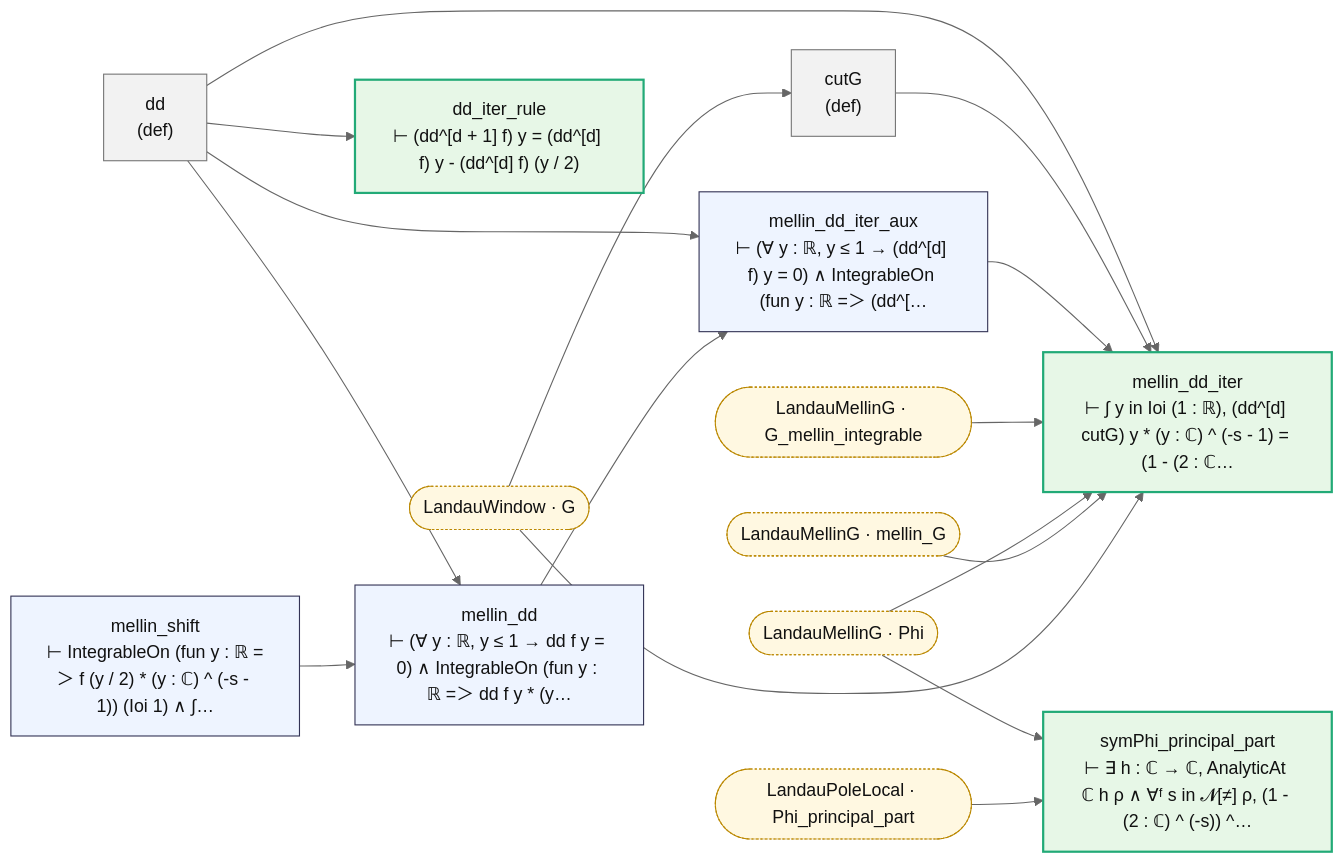
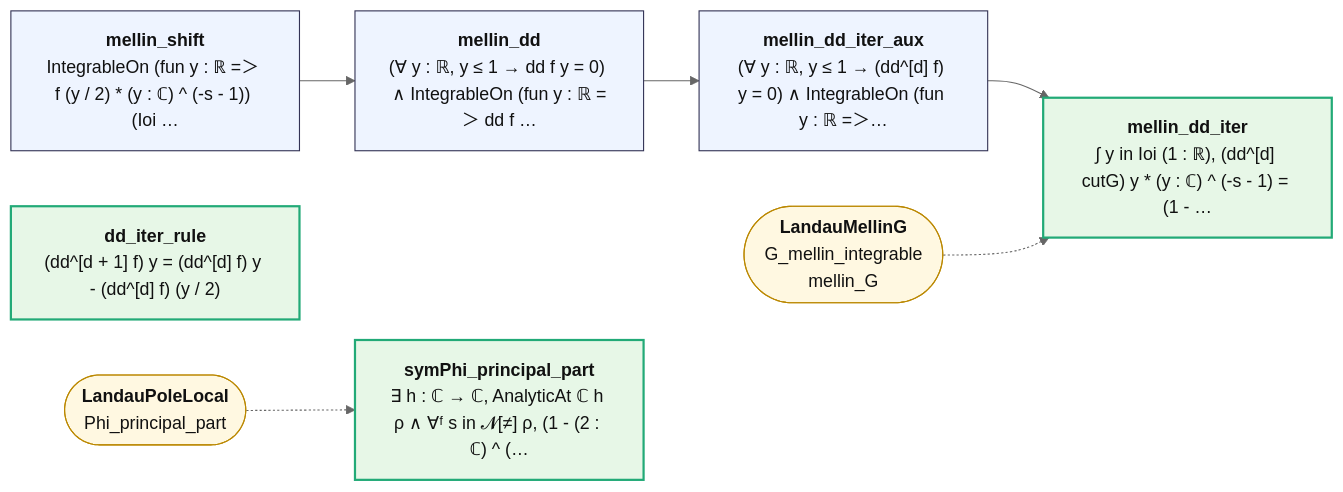
One commit to juliansambranojr/Primebeat_081426 changed the diagram in map/lean_stage3/JointSymbol.md. Above: the diagram before and after it, drawn with Mermaid (neutral theme). The commit also changed other lines of this file and 387 other files, not shown here.

````diff
--- a/map/lean_stage3/JointSymbol.md
+++ b/map/lean_stage3/JointSymbol.md
@@ -8,37 +12,21 @@
 ```mermaid
 flowchart LR
-  n0["dd<br/>(def)"]:::dfn
-  n1["cutG<br/>(def)"]:::dfn
-  n2["mellin_shift<br/>⊢ IntegrableOn (fun y : ℝ =＞ f (y / 2) * (y : ℂ) ^ (-s - 1)) (Ioi 1) ∧ ∫…"]:::thm
-  n3["mellin_dd<br/>⊢ (∀ y : ℝ, y ≤ 1 → dd f y = 0) ∧ IntegrableOn (fun y : ℝ =＞ dd f y * (y…"]:::thm
-  n4["mellin_dd_iter_aux<br/>⊢ (∀ y : ℝ, y ≤ 1 → (dd^[d] f) y = 0) ∧ IntegrableOn (fun y : ℝ =＞ (dd^[…"]:::thm
-  n5["mellin_dd_iter<br/>⊢ ∫ y in Ioi (1 : ℝ), (dd^[d] cutG) y * (y : ℂ) ^ (-s - 1) = (1 - (2 : ℂ…"]:::end_
-  n6["dd_iter_rule<br/>⊢ (dd^[d + 1] f) y = (dd^[d] f) y - (dd^[d] f) (y / 2)"]:::end_
-  n7["symPhi_principal_part<br/>⊢ ∃ h : ℂ → ℂ, AnalyticAt ℂ h ρ ∧ ∀ᶠ s in 𝓝[≠] ρ, (1 - (2 : ℂ) ^ (-s)) ^…"]:::end_
-  x0(["LandauMellinG · G_mellin_integrable"]):::ext
-  x1(["LandauMellinG · Phi"]):::ext
-  x2(["LandauMellinG · mellin_G"]):::ext
-  x3(["LandauPoleLocal · Phi_principal_part"]):::ext
-  x4(["LandauWindow · G"]):::ext
-  n0 --> n3
-  n0 --> n4
-  n0 --> n5
-  n0 --> n6
-  n1 --> n5
+  n0["<b>mellin_shift</b><br/>IntegrableOn (fun y : ℝ =＞ f (y / 2) * (y : ℂ) ^ (-s - 1)) (Ioi …"]:::thm
+  n1["<b>mellin_dd</b><br/>(∀ y : ℝ, y ≤ 1 → dd f y = 0) ∧ IntegrableOn (fun y : ℝ =＞ dd f …"]:::thm
+  n2["<b>mellin_dd_iter_aux</b><br/>(∀ y : ℝ, y ≤ 1 → (dd^[d] f) y = 0) ∧ IntegrableOn (fun y : ℝ =＞…"]:::thm
+  n3["<b>mellin_dd_iter</b><br/>∫ y in Ioi (1 : ℝ), (dd^[d] cutG) y * (y : ℂ) ^ (-s - 1) = (1 - …"]:::end_
+  n4["<b>dd_iter_rule</b><br/>(dd^[d + 1] f) y = (dd^[d] f) y - (dd^[d] f) (y / 2)"]:::end_
+  n5["<b>symPhi_principal_part</b><br/>∃ h : ℂ → ℂ, AnalyticAt ℂ h ρ ∧ ∀ᶠ s in 𝓝[≠] ρ, (1 - (2 : ℂ) ^ (…"]:::end_
+  x0(["<b>LandauMellinG</b><br/>G_mellin_integrable<br/>mellin_G"]):::ext
+  x1(["<b>LandauPoleLocal</b><br/>Phi_principal_part"]):::ext
+  n0 --> n1
+  n1 --> n2
   n2 --> n3
-  n3 --> n4
-  n4 --> n5
-  x0 --> n5
-  x1 --> n5
-  x1 --> n7
-  x2 --> n5
-  x3 --> n7
-  x4 --> n1
-  x4 --> n5
+  x0 -.-> n3
+  x1 -.-> n5
   classDef thm fill:#eef4ff,stroke:#335,color:#111
-  classDef dfn fill:#f2f2f2,stroke:#777,color:#111
   classDef end_ fill:#e7f7e7,stroke:#2a7,color:#111,stroke-width:2px
   classDef lone fill:#fff,stroke:#999,color:#111,stroke-dasharray:4 3
   classDef bad fill:#ffe5e5,stroke:#c22,color:#111,stroke-width:2px
-  classDef ext fill:#fff8e1,stroke:#b80,color:#111,stroke-dasharray:2 2
+  classDef ext fill:#fff8e1,stroke:#b80,color:#111
 ```
````
